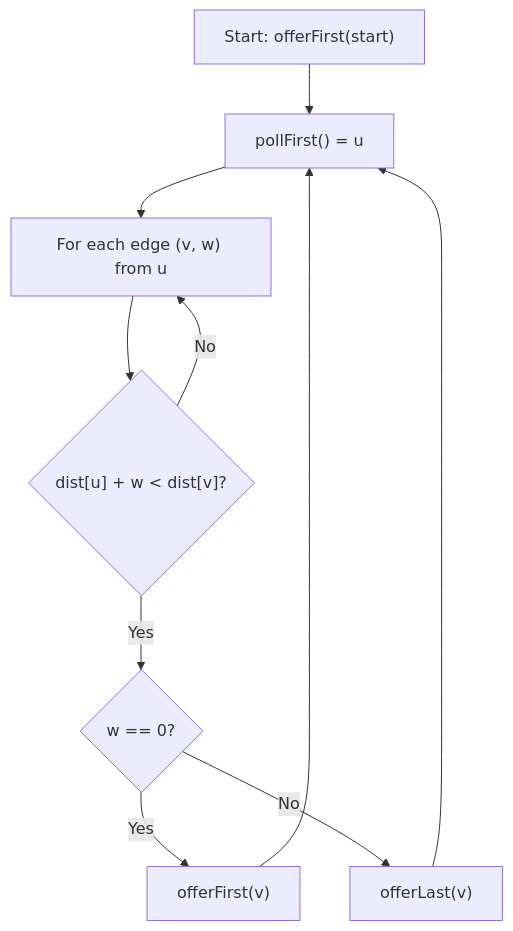
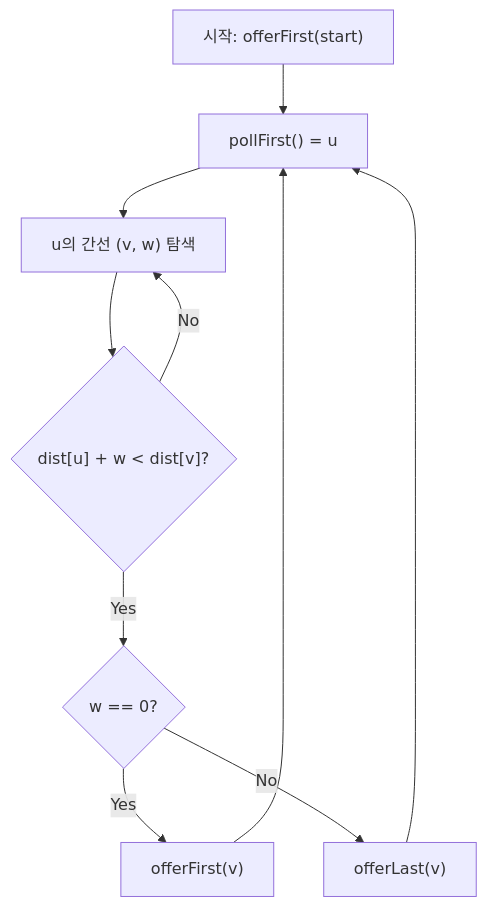
One commit to mandoobox/mandoobox.github.io changed the third of 3 diagrams in _posts/algorithm/2026-03-07-deque.md. Above: the diagram before and after it, drawn with Mermaid. The commit also changed other lines of this file and 24 other files, not shown here.

Commit message:
feat: mermaid kr

````diff
--- a/_posts/algorithm/2026-03-07-deque.md
+++ b/_posts/algorithm/2026-03-07-deque.md
@@ -267,12 +273,12 @@
 ```mermaid
 flowchart TD
-    A["Start: offerFirst(start)"] --> B["pollFirst() = u"]
-    B --> C["For each edge (v, w) from u"]
+    A["시작: offerFirst(start)"] --> B["pollFirst() = u"]
+    B --> C["u의 간선 (v, w) 탐색"]
     C --> D{"dist[u] + w < dist[v]?"}
     D -->|Yes| E{"w == 0?"}
     E -->|Yes| F["offerFirst(v)"]
     E -->|No| G["offerLast(v)"]
     D -->|No| C
     F --> B
     G --> B
 ```
````
